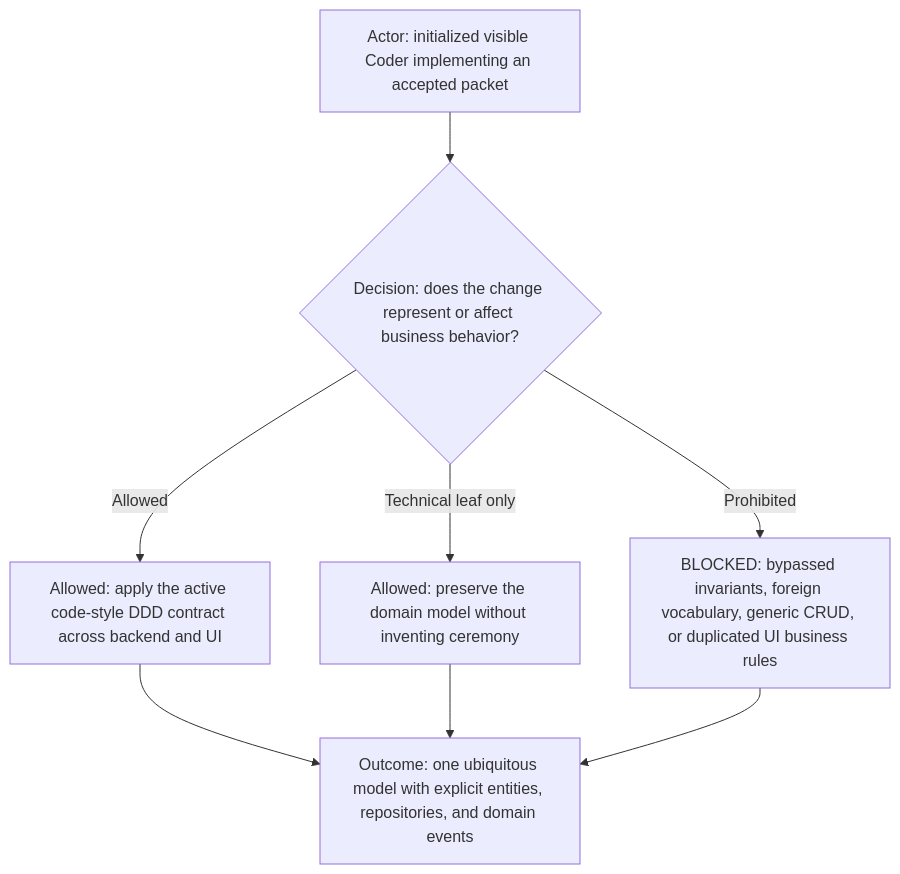
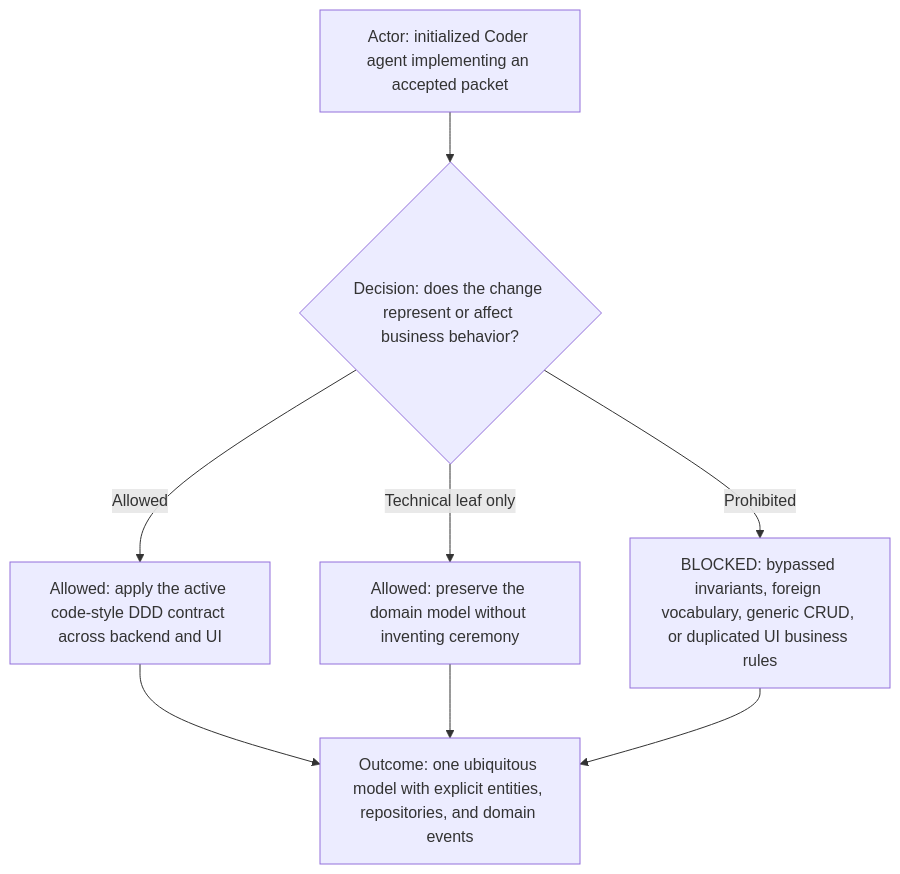
The sixth of 10 diagrams in ai-workflows/_common/roles/coder.md (starodubtsevconsulting/ai-fleas), drawn with Mermaid before and after one commit. The commit also changed other lines of this file and 15 other files, not shown here.

````diff
--- a/ai-workflows/_common/roles/coder.md
+++ b/ai-workflows/_common/roles/coder.md
@@ -178,10 +178,10 @@
 ```mermaid
 flowchart TD
-  Actor["Actor: initialized visible Coder implementing an accepted packet"] --> Decision{"Decision: does the change represent or affect business behavior?"}
+  Actor["Actor: initialized Coder agent implementing an accepted packet"] --> Decision{"Decision: does the change represent or affect business behavior?"}
   Decision -->|Allowed| Route["Allowed: apply the active code-style DDD contract across backend and UI"]
   Decision -->|Technical leaf only| Leaf["Allowed: preserve the domain model without inventing ceremony"]
   Decision -->|Prohibited| Blocked["BLOCKED: bypassed invariants, foreign vocabulary, generic CRUD, or duplicated UI business rules"]
   Route --> Outcome["Outcome: one ubiquitous model with explicit entities, repositories, and domain events"]
   Leaf --> Outcome
   Blocked --> Outcome
 ```
````
